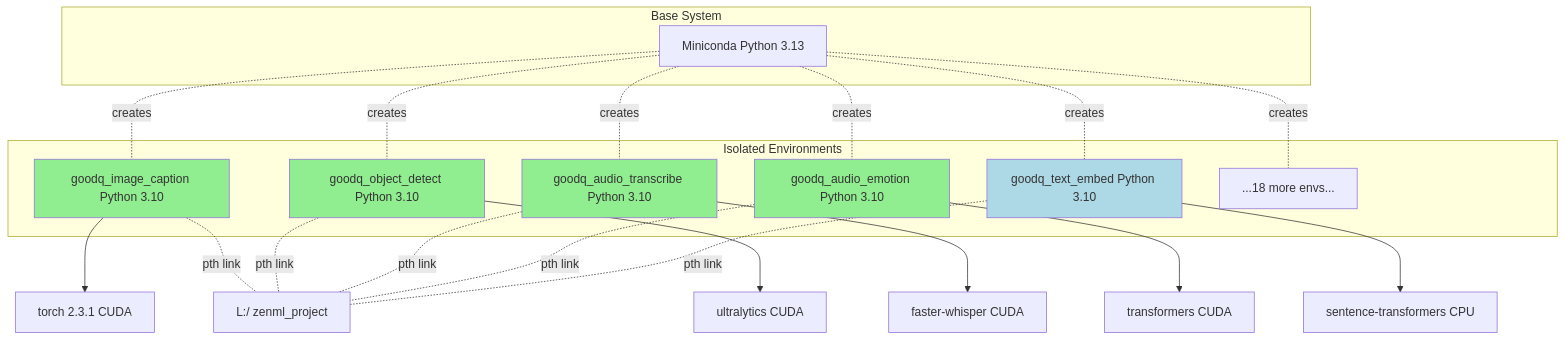
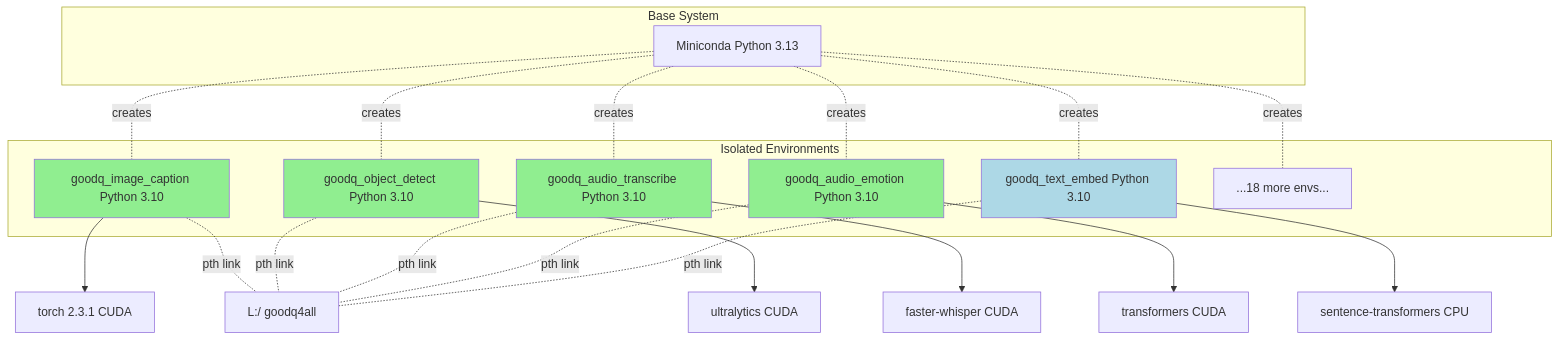
Before and after one commit to GoodQ02/goodq-memory-engine: the sixth of 10 diagrams in docs/diagrams/PIPELINE_FLOW.md, drawn with Mermaid. The commit also changed 28 other files, not shown here.

````diff
--- a/docs/diagrams/PIPELINE_FLOW.md
+++ b/docs/diagrams/PIPELINE_FLOW.md
@@ -225,40 +225,40 @@
 ```mermaid
 graph TD
     subgraph "Base System"
         A[Miniconda Python 3.13]
     end
     
     subgraph "Isolated Environments"
         B1[goodq_image_caption Python 3.10]
         B2[goodq_object_detect Python 3.10]
         B3[goodq_audio_transcribe Python 3.10]
         B4[goodq_audio_emotion Python 3.10]
         B5[goodq_text_embed Python 3.10]
         B6[...18 more envs...]
     end
     
     A -.creates.- B1
     A -.creates.- B2
     A -.creates.- B3
     A -.creates.- B4
     A -.creates.- B5
     A -.creates.- B6
     
     B1 --> C1[torch 2.3.1 CUDA]
     B2 --> C2[ultralytics CUDA]
     B3 --> C3[faster-whisper CUDA]
     B4 --> C4[transformers CUDA]
     B5 --> C5[sentence-transformers CPU]
     
-    B1 -.pth link.- D[L:/ zenml_project]
+    B1 -.pth link.- D[L:/ goodq4all]
     B2 -.pth link.- D
     B3 -.pth link.- D
     B4 -.pth link.- D
     B5 -.pth link.- D
     
     style B1 fill:#90EE90
     style B2 fill:#90EE90
     style B3 fill:#90EE90
     style B4 fill:#90EE90
     style B5 fill:#ADD8E6
 ```
````
